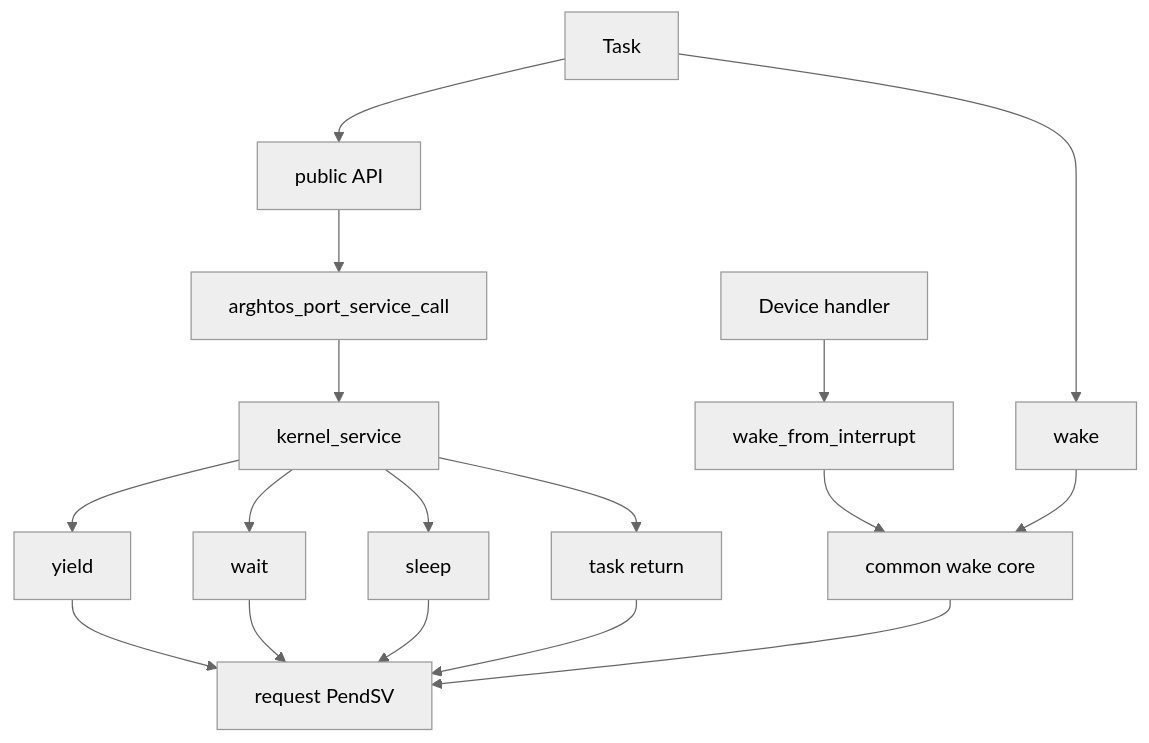
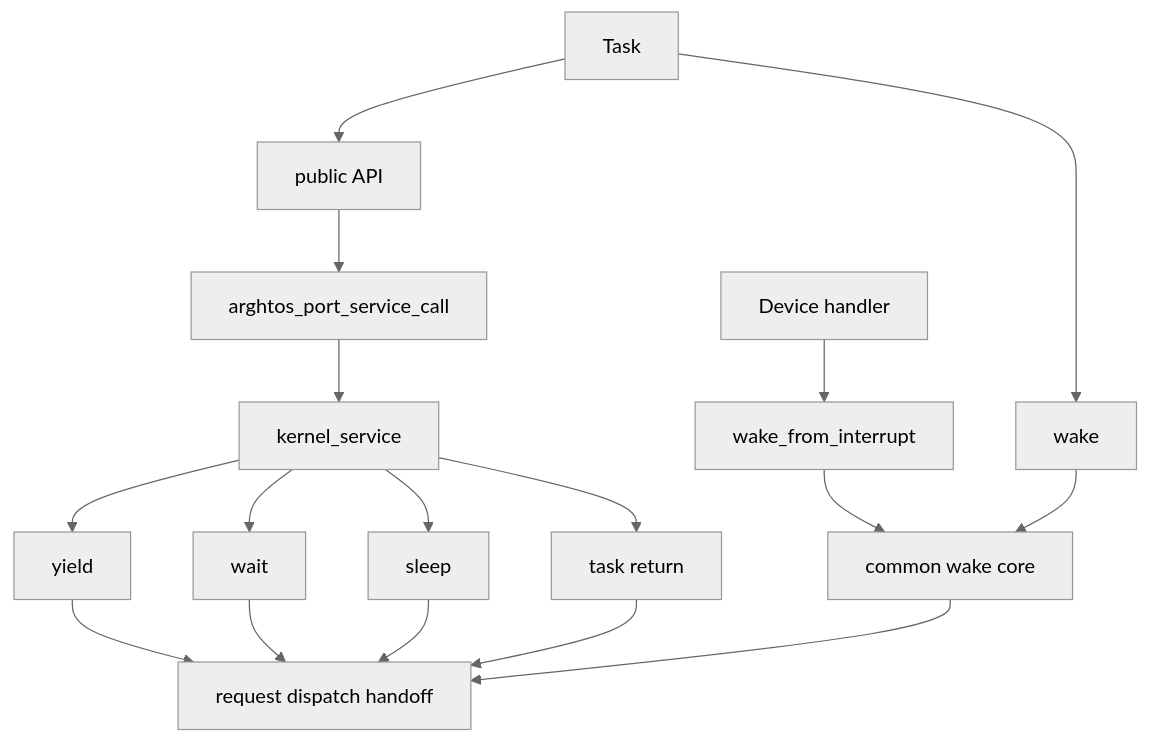
The diagram in design-elements/D03-lifecycle-wake-gateway.md (tumblewhead/arghtos), drawn with Mermaid (neutral theme) before and after one commit. The commit also changed other lines of this file, not shown here.

````diff
--- a/design-elements/D03-lifecycle-wake-gateway.md
+++ b/design-elements/D03-lifecycle-wake-gateway.md
@@ -220,21 +220,21 @@
 ```mermaid
 flowchart TD
   TASK["Task"] --> PUB["public API"]
   PUB --> PCALL["arghtos_port_service_call"]
   PCALL --> KS["kernel_service"]
   KS --> Y["yield"]
   KS --> W["wait"]
   KS --> S["sleep"]
   KS --> R["task return"]
 
   IH["Device handler"] --> WI["wake_from_interrupt"]
   TASK --> WT["wake"]
   WI --> WC["common wake core"]
   WT --> WC
 
-  Y --> DISP["request PendSV"]
+  Y --> DISP["request dispatch handoff"]
   W --> DISP
   S --> DISP
   R --> DISP
   WC --> DISP
 ```
````
